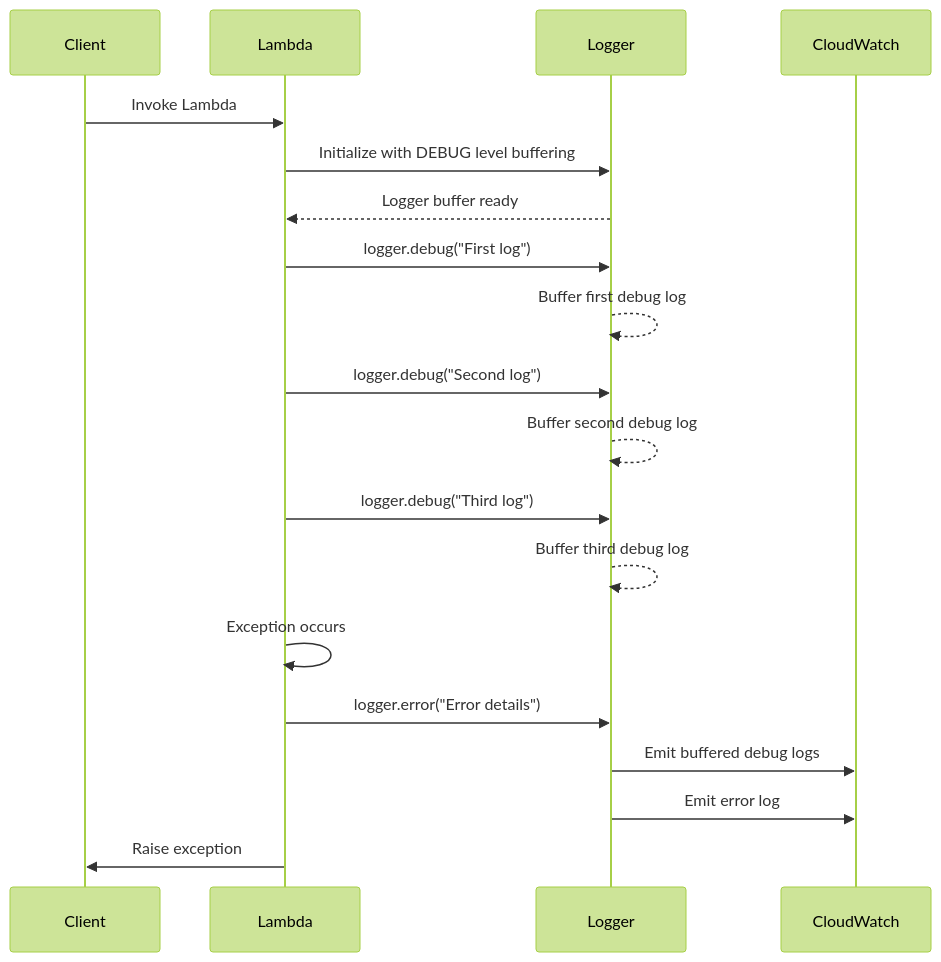
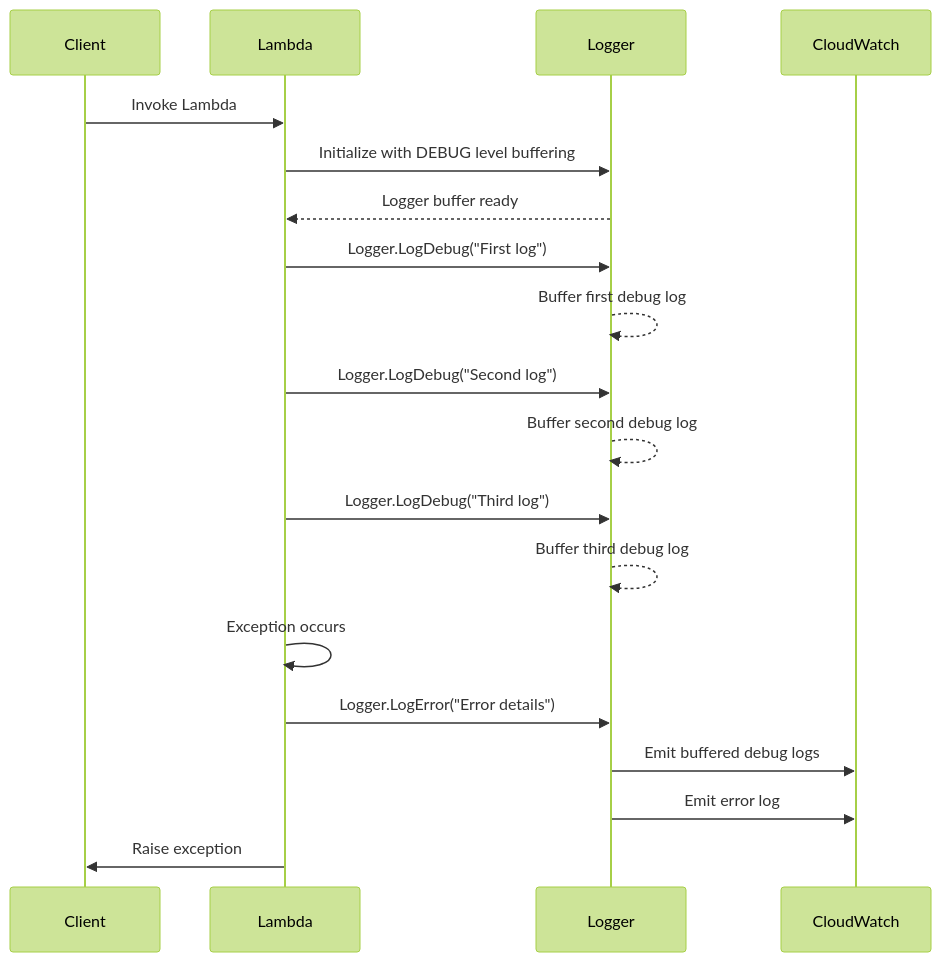
The third of 4 diagrams in docs/core/logging-v2.md (aws-powertools/powertools-lambda-dotnet), drawn with Mermaid (forest theme) before and after one commit. The commit also changed other lines of this file and 11 other files, not shown here.

````diff
--- a/docs/core/logging-v2.md
+++ b/docs/core/logging-v2.md
@@ -1225,21 +1225,21 @@
 ```mermaid
 sequenceDiagram
     participant Client
     participant Lambda
     participant Logger
     participant CloudWatch
     Client->>Lambda: Invoke Lambda
     Lambda->>Logger: Initialize with DEBUG level buffering
     Logger-->>Lambda: Logger buffer ready
-    Lambda->>Logger: logger.debug("First log")
+    Lambda->>Logger: Logger.LogDebug("First log")
     Logger-->>Logger: Buffer first debug log
-    Lambda->>Logger: logger.debug("Second log")
+    Lambda->>Logger: Logger.LogDebug("Second log")
     Logger-->>Logger: Buffer second debug log
-    Lambda->>Logger: logger.debug("Third log")
+    Lambda->>Logger: Logger.LogDebug("Third log")
     Logger-->>Logger: Buffer third debug log
     Lambda->>Lambda: Exception occurs
-    Lambda->>Logger: logger.error("Error details")
+    Lambda->>Logger: Logger.LogError("Error details")
     Logger->>CloudWatch: Emit buffered debug logs
     Logger->>CloudWatch: Emit error log
     Lambda->>Client: Raise exception
 ```
````
